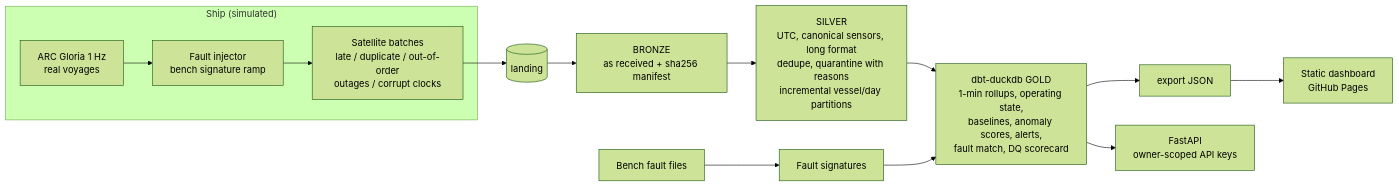
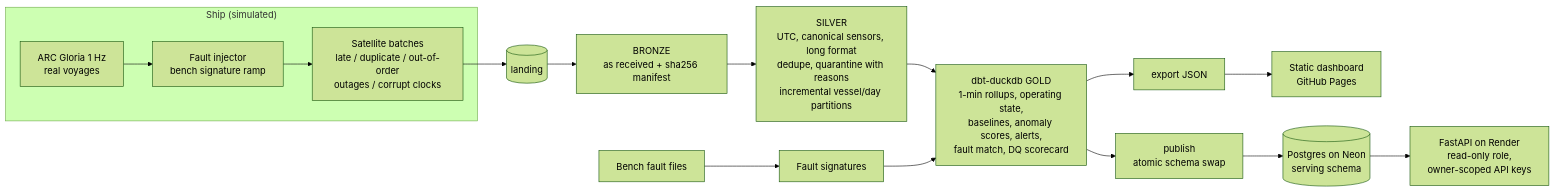
Before and after one commit to vinaayakmanjunath/second-engineer: the diagram in README.md, drawn with Mermaid (forest theme). The commit also changed other lines of this file and 7 other files, not shown here.

````diff
--- a/README.md
+++ b/README.md
@@ -16,14 +16,15 @@
 ```mermaid
 flowchart LR
   subgraph Ship["Ship (simulated)"]
     G[ARC Gloria 1 Hz<br/>real voyages] --> INJ[Fault injector<br/>bench signature ramp]
     INJ --> SIM[Satellite batches<br/>late / duplicate / out-of-order<br/>outages / corrupt clocks]
   end
   SIM --> LAND[(landing)]
   LAND --> BR[BRONZE<br/>as received + sha256 manifest]
   BR --> SI[SILVER<br/>UTC, canonical sensors, long format<br/>dedupe, quarantine with reasons<br/>incremental vessel/day partitions]
   SI --> DBT[dbt-duckdb GOLD<br/>1-min rollups, operating state,<br/>baselines, anomaly scores, alerts,<br/>fault match, DQ scorecard]
   B[Bench fault files] --> SIG[Fault signatures] --> DBT
   DBT --> EXP[export JSON] --> WEB[Static dashboard<br/>GitHub Pages]
-  DBT --> API[FastAPI<br/>owner-scoped API keys]
+  DBT --> PUB[publish<br/>atomic schema swap] --> PG[(Postgres on Neon<br/>serving schema)]
+  PG --> API[FastAPI on Render<br/>read-only role,<br/>owner-scoped API keys]
 ```
````
